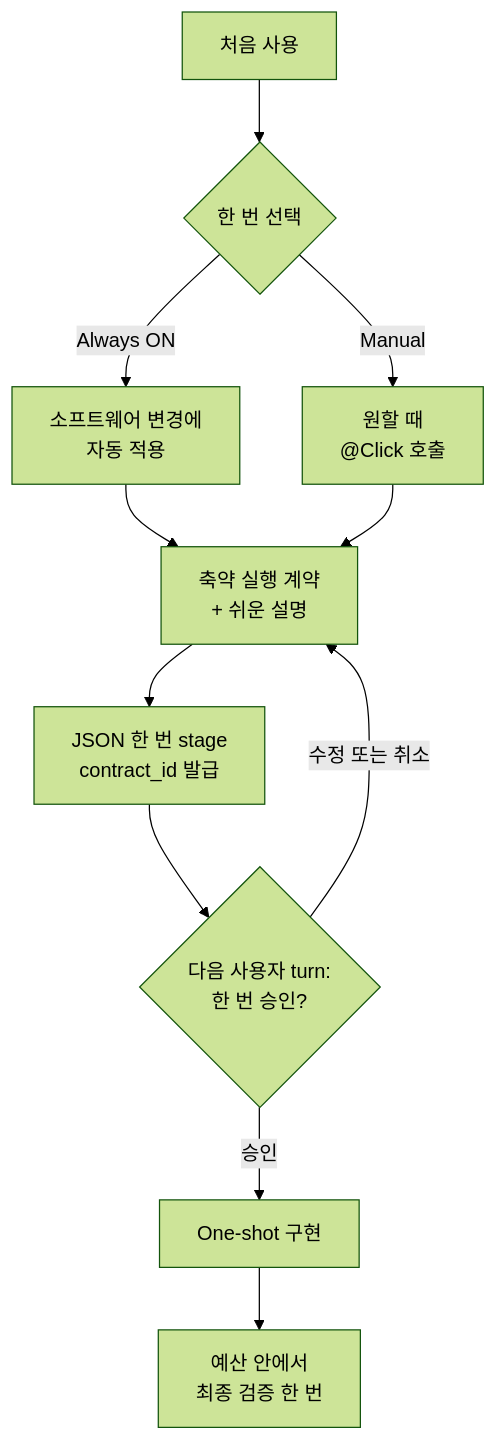
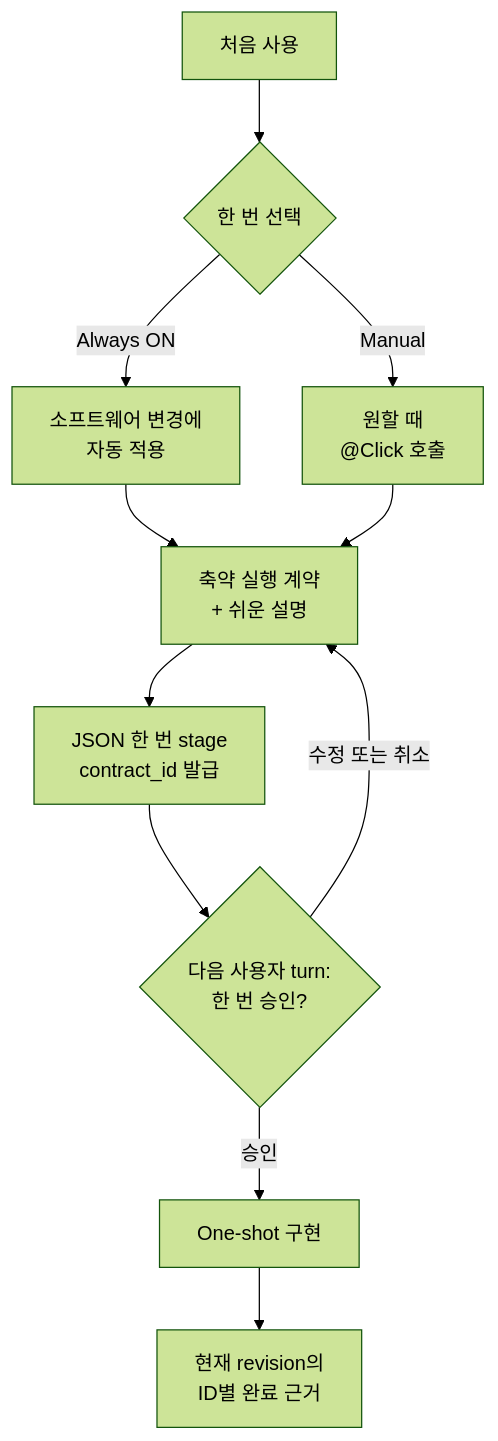
The diagram in README.ko.md (grapefruit0205/build-brief), drawn with Mermaid (forest theme) before and after one commit. The commit also changed other lines of this file and 18 other files, not shown here.

````diff
--- a/README.ko.md
+++ b/README.ko.md
@@ -68,13 +74,13 @@
 ```mermaid
 flowchart TB
     A["처음 사용"] --> B{"한 번 선택"}
     B -->|Always ON| C["소프트웨어 변경에<br/>자동 적용"]
     B -->|Manual| D["원할 때<br/>@Click 호출"]
     C --> E["축약 실행 계약<br/>+ 쉬운 설명"]
     D --> E
     E --> F["JSON 한 번 stage<br/>contract_id 발급"]
     F --> I{"다음 사용자 turn:<br/>한 번 승인?"}
     I -->|수정 또는 취소| E
     I -->|승인| G["One-shot 구현"]
-    G --> H["예산 안에서<br/>최종 검증 한 번"]
+    G --> H["현재 revision의<br/>ID별 완료 근거"]
 ```
````
